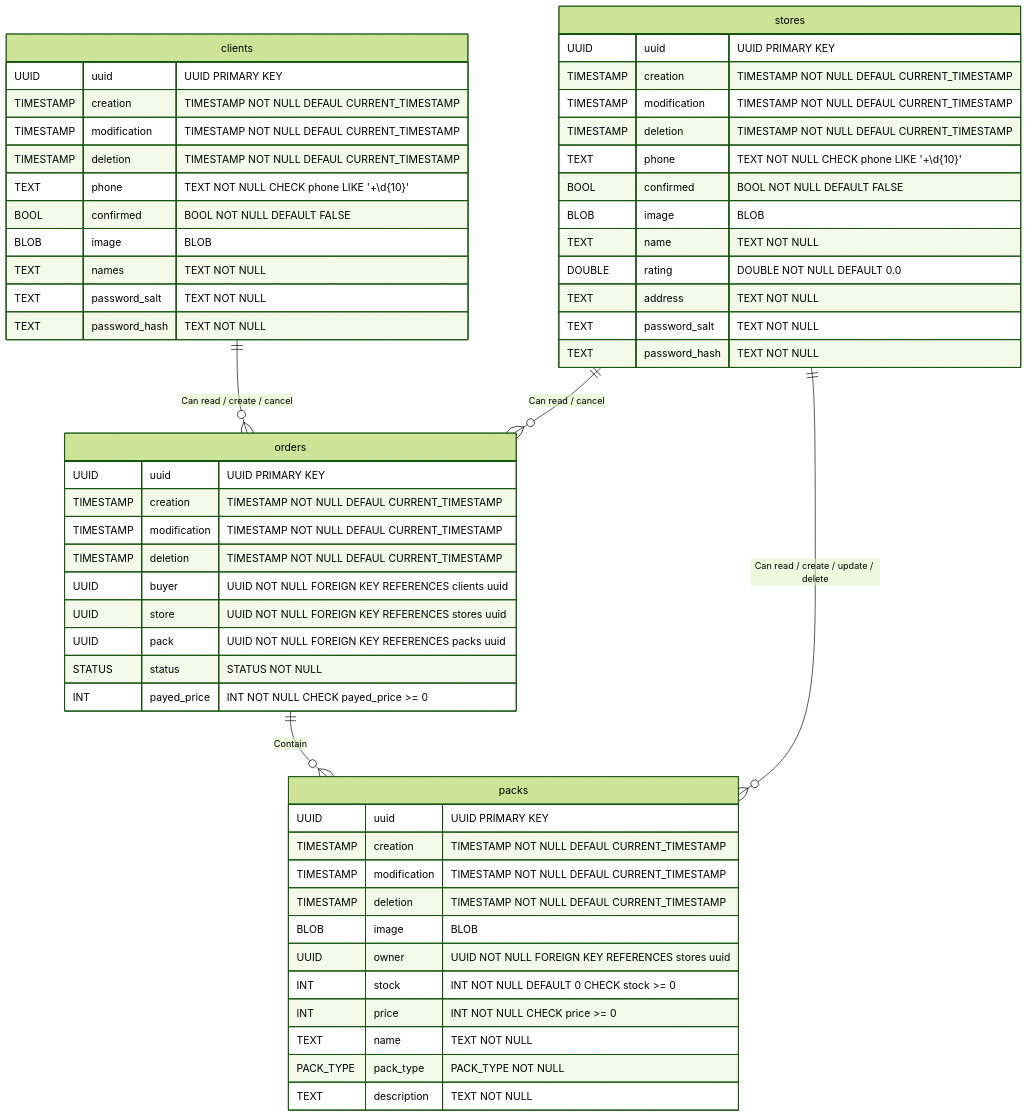
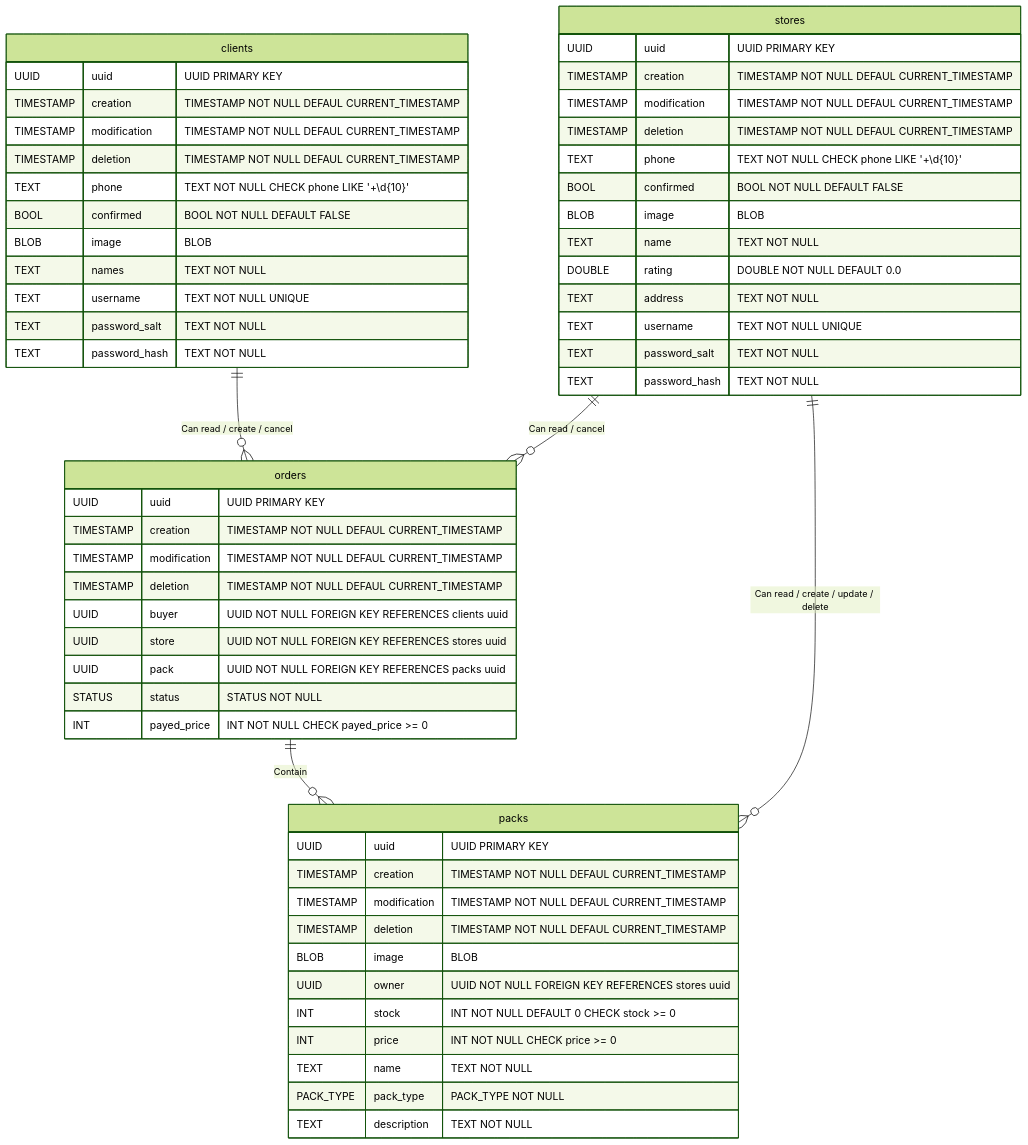
Before and after one commit to ReSupplyOrg/dealer: the diagram in docs/Database.md, drawn with Mermaid (forest theme).

Commit message:
docs: added username to tables

````diff
--- a/docs/Database.md
+++ b/docs/Database.md
@@ -5,62 +5,64 @@
 ```mermaid
 erDiagram
 
 clients {
 	UUID uuid "UUID PRIMARY KEY"
 	TIMESTAMP creation "TIMESTAMP NOT NULL DEFAUL CURRENT_TIMESTAMP"
 	TIMESTAMP modification "TIMESTAMP NOT NULL DEFAUL CURRENT_TIMESTAMP"
 	TIMESTAMP deletion "TIMESTAMP NOT NULL DEFAUL CURRENT_TIMESTAMP"
 	TEXT phone "TEXT NOT NULL CHECK phone LIKE '\+\d{10}'"
 	BOOL confirmed "BOOL NOT NULL DEFAULT FALSE"
 	BLOB image "BLOB"
 	TEXT names "TEXT NOT NULL"
+	TEXT username "TEXT NOT NULL UNIQUE"
 	TEXT password_salt "TEXT NOT NULL"
 	TEXT password_hash "TEXT NOT NULL"
 }
 
 stores {
 	UUID uuid "UUID PRIMARY KEY"
 	TIMESTAMP creation "TIMESTAMP NOT NULL DEFAUL CURRENT_TIMESTAMP"
 	TIMESTAMP modification "TIMESTAMP NOT NULL DEFAUL CURRENT_TIMESTAMP"
 	TIMESTAMP deletion "TIMESTAMP NOT NULL DEFAUL CURRENT_TIMESTAMP"
 	TEXT phone "TEXT NOT NULL CHECK phone LIKE '\+\d{10}'"
 	BOOL confirmed "BOOL NOT NULL DEFAULT FALSE"
 	BLOB image "BLOB"
 	TEXT name "TEXT NOT NULL"
 	DOUBLE rating "DOUBLE NOT NULL DEFAULT 0.0"
 	TEXT address "TEXT NOT NULL"
+	TEXT username "TEXT NOT NULL UNIQUE"
 	TEXT password_salt "TEXT NOT NULL"
 	TEXT password_hash "TEXT NOT NULL"
 }
 
 packs {
 	UUID uuid "UUID PRIMARY KEY"
 	TIMESTAMP creation "TIMESTAMP NOT NULL DEFAUL CURRENT_TIMESTAMP"
 	TIMESTAMP modification "TIMESTAMP NOT NULL DEFAUL CURRENT_TIMESTAMP"
 	TIMESTAMP deletion "TIMESTAMP NOT NULL DEFAUL CURRENT_TIMESTAMP"
 	BLOB image "BLOB"
 	UUID owner "UUID NOT NULL FOREIGN KEY REFERENCES stores uuid"
 	INT stock "INT NOT NULL DEFAULT 0 CHECK stock >= 0"
 	INT price "INT NOT NULL CHECK price >= 0"
 	TEXT name "TEXT NOT NULL"
 	PACK_TYPE pack_type "PACK_TYPE NOT NULL"
 	TEXT description "TEXT NOT NULL"
 }
 
 orders {
 	UUID uuid "UUID PRIMARY KEY"
 	TIMESTAMP creation "TIMESTAMP NOT NULL DEFAUL CURRENT_TIMESTAMP"
 	TIMESTAMP modification "TIMESTAMP NOT NULL DEFAUL CURRENT_TIMESTAMP"
 	TIMESTAMP deletion "TIMESTAMP NOT NULL DEFAUL CURRENT_TIMESTAMP"
 	UUID buyer "UUID NOT NULL FOREIGN KEY REFERENCES clients uuid"
 	UUID store "UUID NOT NULL FOREIGN KEY REFERENCES stores uuid"
 	UUID pack "UUID NOT NULL FOREIGN KEY REFERENCES packs uuid"
 	STATUS status "STATUS NOT NULL"
 	INT payed_price "INT NOT NULL CHECK payed_price >= 0"
 }
 
 clients ||--o{ orders : "Can read / create / cancel"
 stores ||--o{ orders : "Can read / cancel"
 stores ||--o{ packs : "Can read / create / update / delete"
 orders ||--o{ packs : "Contain"
 ```
````
